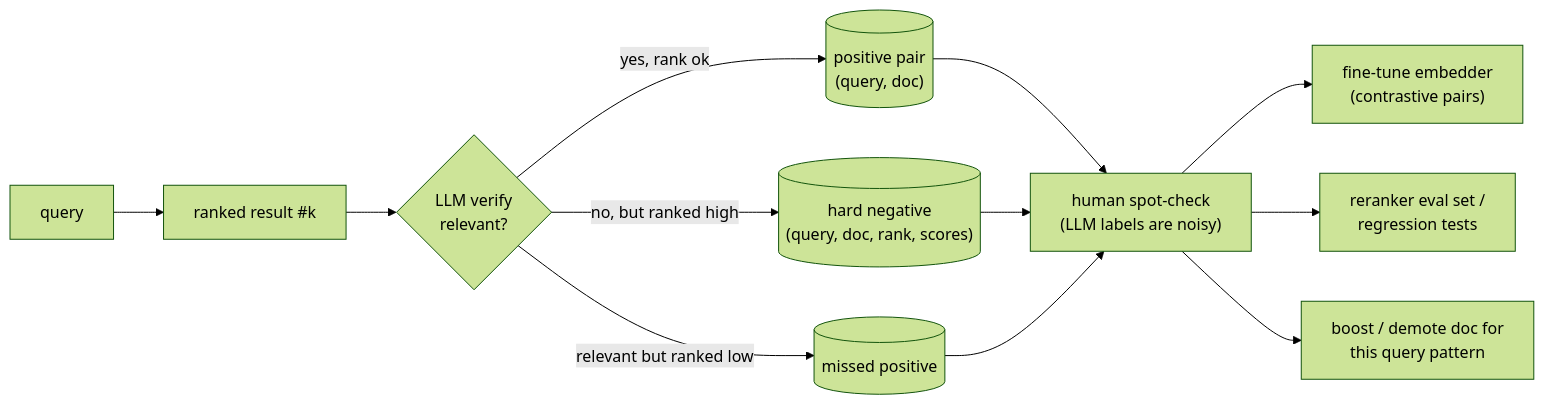
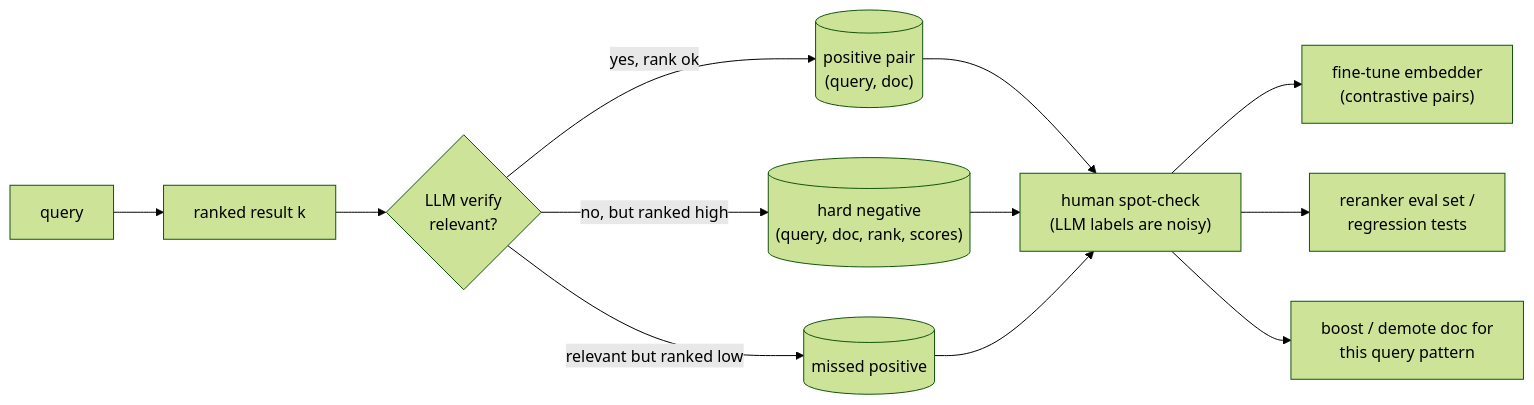
The fifth of 6 diagrams in ARCHITECTURE.md (AAGF470/thinkstruct), drawn with Mermaid (forest theme) before and after one commit. The commit also changed other lines of this file, not shown here.

First line of the commit message:
Bring ARCHITECTURE.md in line with the built system

````diff
--- a/ARCHITECTURE.md
+++ b/ARCHITECTURE.md
@@ -112,12 +144,12 @@
 ```mermaid
 flowchart LR
-    Q["query"] --> RANK["ranked result #k"]
+    Q["query"] --> RANK["ranked result k"]
     RANK --> V{"LLM verify<br/>relevant?"}
     V -->|"yes, rank ok"| POS[("positive pair<br/>(query, doc)")]
     V -->|"no, but ranked high"| NEG[("hard negative<br/>(query, doc, rank, scores)")]
     V -->|"relevant but ranked low"| MISS[("missed positive")]
     POS & NEG & MISS --> REVIEW["human spot-check<br/>(LLM labels are noisy)"]
     REVIEW --> USE1["fine-tune embedder<br/>(contrastive pairs)"]
     REVIEW --> USE2["reranker eval set /<br/>regression tests"]
     REVIEW --> USE3["boost / demote doc for<br/>this query pattern"]
 ```
````
